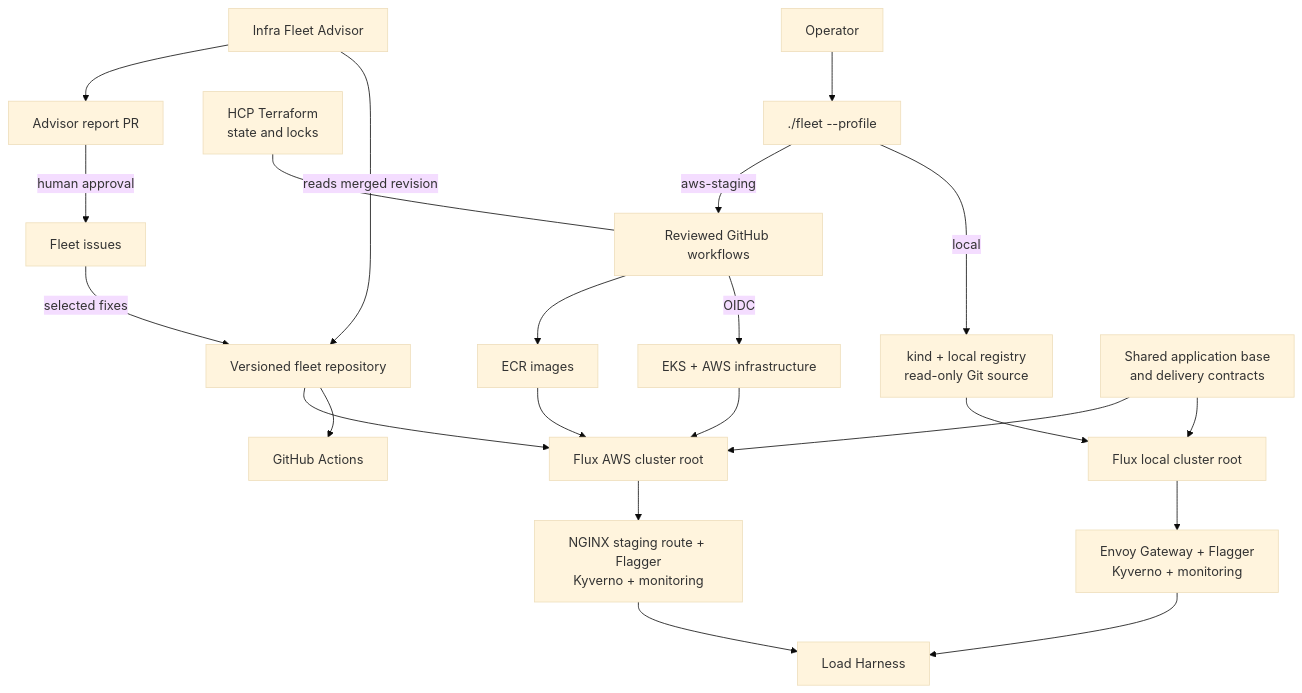
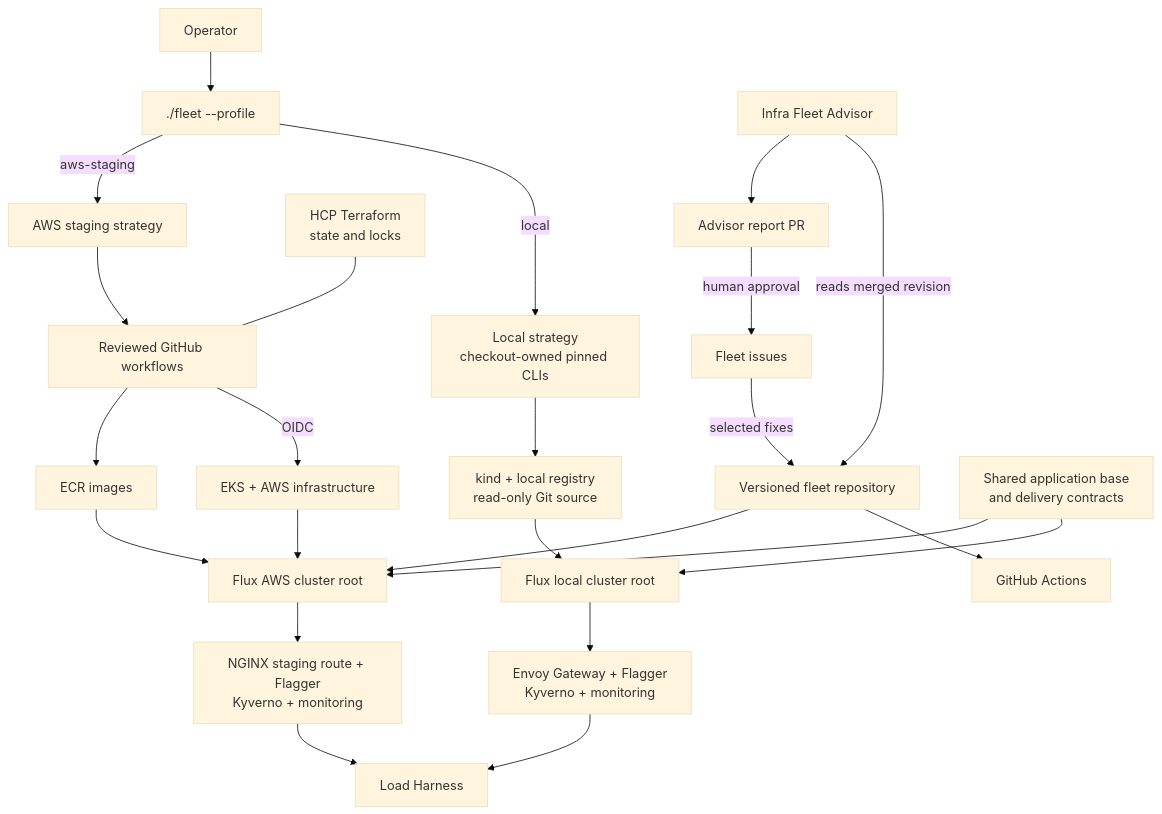
One commit to ImranAdan/infra-fleet-public changed the diagram in README.md. Above: the diagram before and after it, drawn with Mermaid (base theme). The commit also changed 3 other files, not shown here.

Commit message:
feat(fleet): install pinned local profile tools

````diff
--- a/README.md
+++ b/README.md
@@ -173,28 +173,30 @@
 ```mermaid
 flowchart TB
   Operator[Operator] --> Facade[./fleet --profile]
   Repo[Versioned fleet repository] --> CI[GitHub Actions]
 
-  Facade -->|local| LocalBootstrap[kind + local registry<br/>read-only Git source]
+  Facade -->|local| LocalStrategy[Local strategy<br/>checkout-owned pinned CLIs]
+  LocalStrategy --> LocalBootstrap[kind + local registry<br/>read-only Git source]
   LocalBootstrap --> LocalFlux[Flux local cluster root]
   LocalFlux --> LocalPlatform[Envoy Gateway + Flagger<br/>Kyverno + monitoring]
 
-  Facade -->|aws-staging| Workflows[Reviewed GitHub workflows]
+  Facade -->|aws-staging| AWSStrategy[AWS staging strategy]
+  AWSStrategy --> Workflows[Reviewed GitHub workflows]
   Workflows -->|OIDC| AWS[EKS + AWS infrastructure]
   Workflows --> ECR[ECR images]
   HCP[HCP Terraform<br/>state and locks] --- Workflows
   Repo --> AWSFlux[Flux AWS cluster root]
   ECR --> AWSFlux
   AWS --> AWSFlux
   AWSFlux --> AWSPlatform[NGINX staging route + Flagger<br/>Kyverno + monitoring]
 
   Shared[Shared application base<br/>and delivery contracts] --> LocalFlux
   Shared --> AWSFlux
   LocalPlatform --> App[Load Harness]
   AWSPlatform --> App
 
   Advisor[Infra Fleet Advisor] -->|reads merged revision| Repo
   Advisor --> ReportPR[Advisor report PR]
   ReportPR -->|human approval| FleetIssues[Fleet issues]
   FleetIssues -->|selected fixes| Repo
 ```
````
